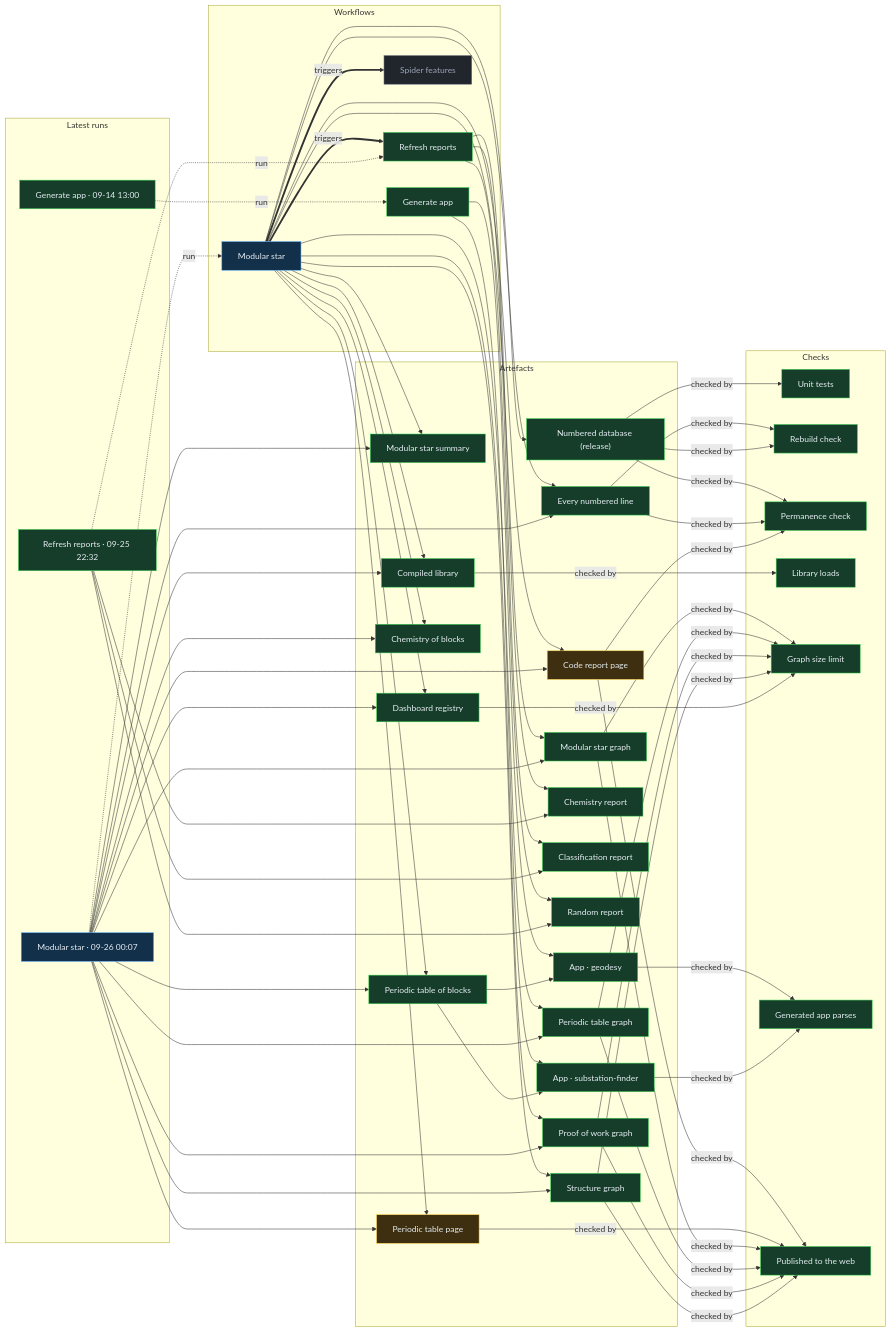
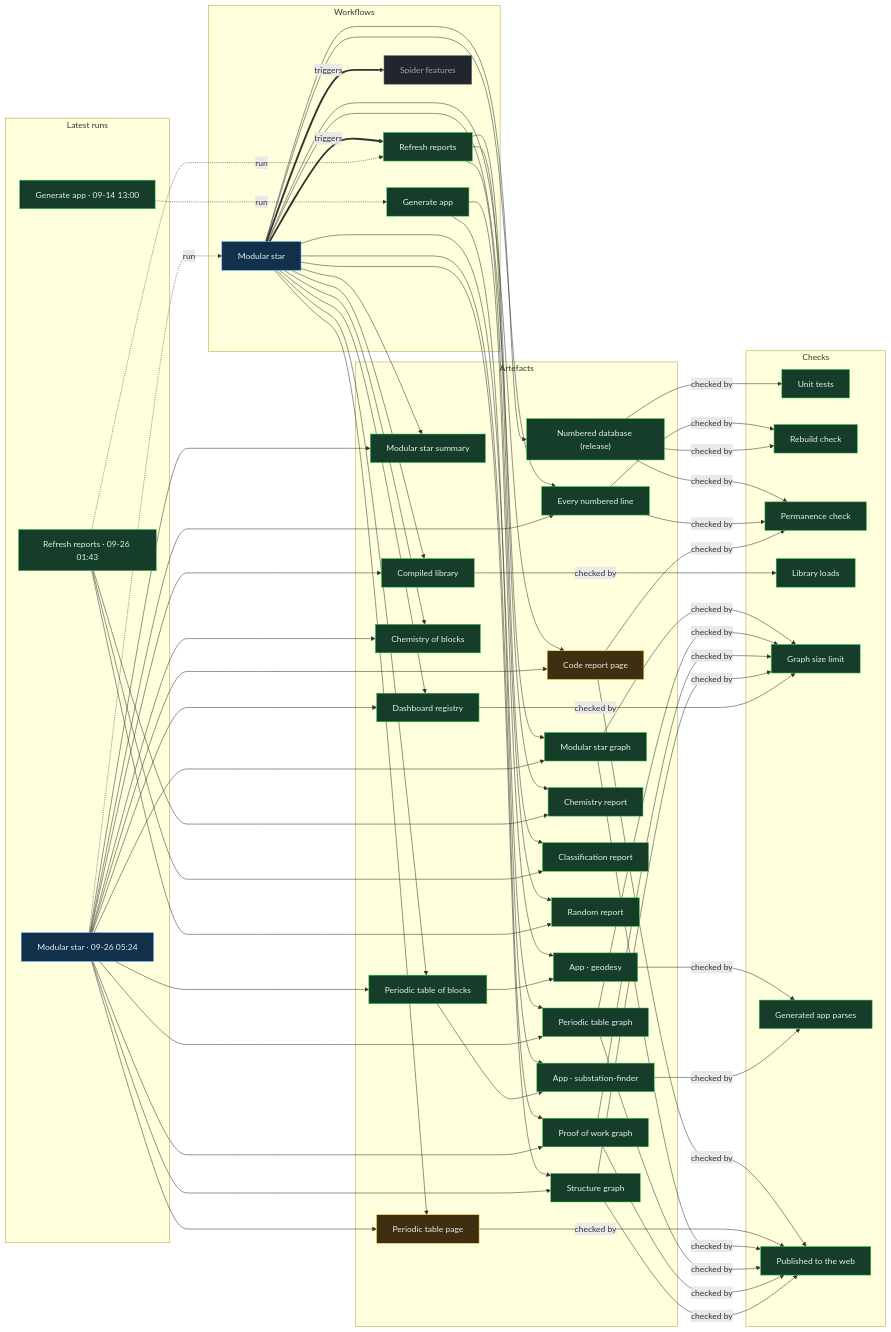
The diagram in proof/PROOF.md (Ventusltd/stars), drawn with Mermaid before and after one commit. The commit also changed other lines of this file and 35 other files, not shown here.

Commit message:
Modular star 2026-09-26T05:26Z

```diff
--- a/proof/PROOF.md
+++ b/proof/PROOF.md
@@ -24,8 +24,8 @@
   n_wf_spider_features["Spider features"]:::off
   end
   subgraph g_runs["Latest runs"]
-  n_run_36203657557["Modular star · 09-26 00:07"]:::live
-  n_run_36197225842["Refresh reports · 09-25 22:32"]:::ok
+  n_run_36220700115["Modular star · 09-26 05:24"]:::live
+  n_run_36209366121["Refresh reports · 09-26 01:43"]:::ok
   n_run_34846587798["Generate app · 09-14 13:00"]:::ok
   end
   subgraph g_artefacts["Artefacts"]
@@ -59,39 +59,39 @@
   end
   n_wf_modular_star == triggers ==> n_wf_refresh
   n_wf_modular_star == triggers ==> n_wf_spider_features
-  n_run_36203657557 -. run .-> n_wf_modular_star
-  n_run_36197225842 -. run .-> n_wf_refresh
+  n_run_36220700115 -. run .-> n_wf_modular_star
+  n_run_36209366121 -. run .-> n_wf_refresh
   n_run_34846587798 -. run .-> n_wf_generate
   n_wf_modular_star --> n_art_summary
-  n_run_36203657557 --> n_art_summary
+  n_run_36220700115 --> n_art_summary
   n_wf_modular_star --> n_art_lines
-  n_run_36203657557 --> n_art_lines
+  n_run_36220700115 --> n_art_lines
   n_wf_modular_star --> n_art_code
-  n_run_36203657557 --> n_art_code
+  n_run_36220700115 --> n_art_code
   n_wf_modular_star --> n_art_modular_graph
-  n_run_36203657557 --> n_art_modular_graph
+  n_run_36220700115 --> n_art_modular_graph
   n_wf_modular_star --> n_art_blocks
-  n_run_36203657557 --> n_art_blocks
+  n_run_36220700115 --> n_art_blocks
   n_wf_modular_star --> n_art_table
-  n_run_36203657557 --> n_art_table
+  n_run_36220700115 --> n_art_table
   n_wf_modular_star --> n_art_blocks_graph
-  n_run_36203657557 --> n_art_blocks_graph
+  n_run_36220700115 --> n_art_blocks_graph
   n_wf_modular_star --> n_art_reactions
-  n_run_36203657557 --> n_art_reactions
+  n_run_36220700115 --> n_art_reactions
   n_wf_modular_star --> n_art_library
-  n_run_36203657557 --> n_art_library
+  n_run_36220700115 --> n_art_library
   n_wf_modular_star --> n_art_features
-  n_run_36203657557 --> n_art_features
+  n_run_36220700115 --> n_art_features
   n_wf_modular_star --> n_art_proof
-  n_run_36203657557 --> n_art_proof
+  n_run_36220700115 --> n_art_proof
   n_wf_modular_star --> n_art_structure
-  n_run_36203657557 --> n_art_structure
+  n_run_36220700115 --> n_art_structure
   n_wf_refresh --> n_art_chemistry
-  n_run_36197225842 --> n_art_chemistry
+  n_run_36209366121 --> n_art_chemistry
   n_wf_refresh --> n_art_vedic
-  n_run_36197225842 --> n_art_vedic
+  n_run_36209366121 --> n_art_vedic
   n_wf_refresh --> n_art_random
-  n_run_36197225842 --> n_art_random
+  n_run_36209366121 --> n_art_random
   n_wf_modular_star --> n_art_release
   n_wf_generate --> n_app_geodesy
   n_art_blocks --> n_app_geodesy
```
